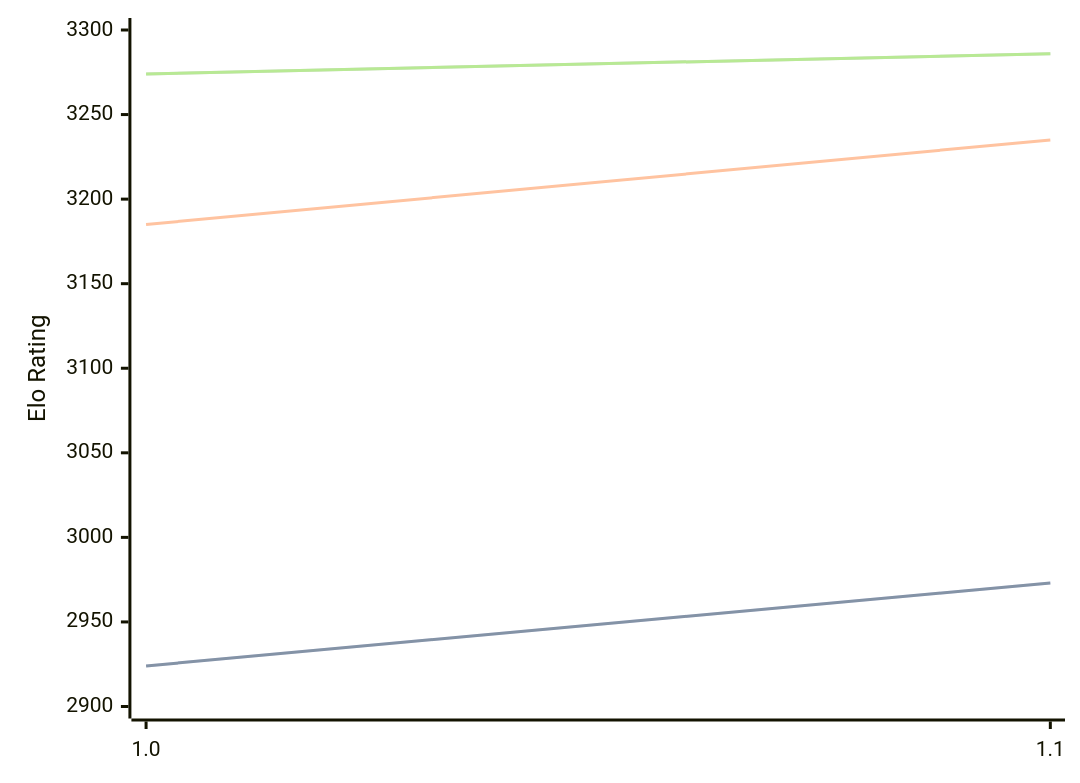
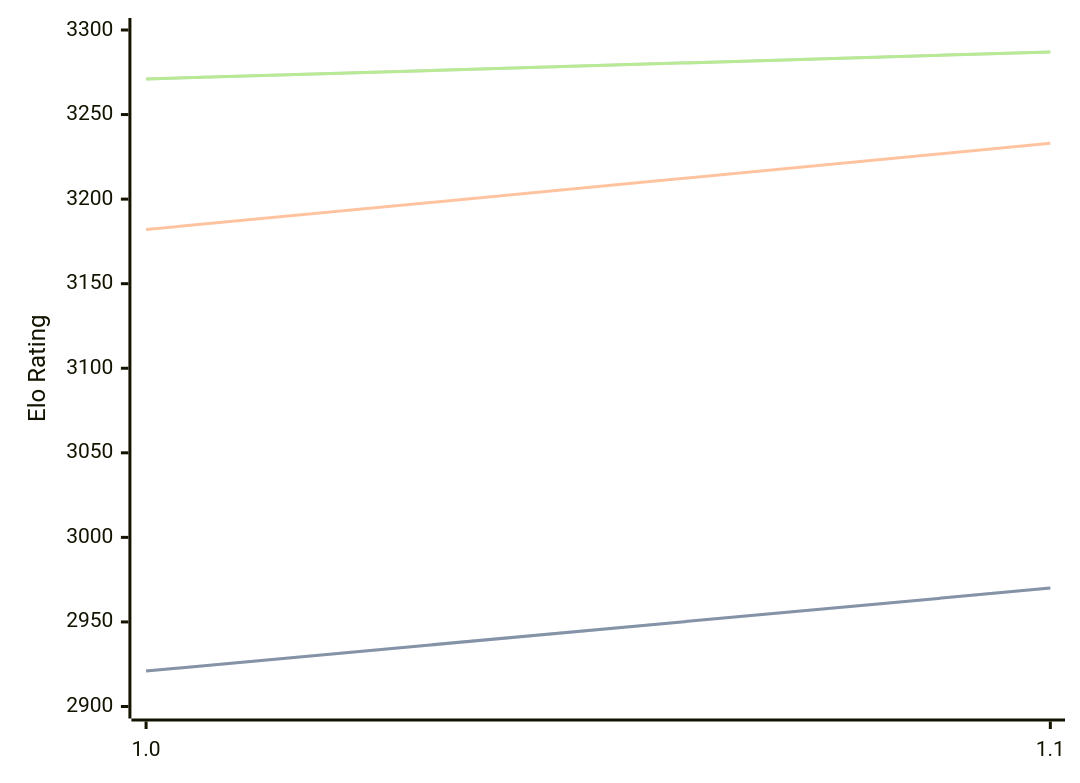
Before and after one commit to computer-chess-index/cci: the diagram in engines/RodentV.md, drawn with Mermaid. The commit also changed other lines of this file, not shown here.

Commit message:
Update CCI Ratings (ELO VLTC) - 2026-08-12

````diff
--- a/engines/RodentV.md
+++ b/engines/RodentV.md
@@ -32,11 +32,11 @@
 ```mermaid
 %%{init: {"theme":"base","themeVariables":{"seriesColors:['#a3a3a3','#222221','#faa371']}}}%%
 xychart-beta
   x-axis ["1.0", "1.1"]
   y-axis "Elo Rating" 2900 --> 3300
-  line "STC (8.0+0.08s)" [2924, 2973]
-  line "STC (8.0+0.08s)" [2924, 2973]
-  line "LTC (60.0+0.60s)" [3185, 3235]
-  line "VLTC (2m24s+1.12s)" [3274, 3286]
-  line "VLTC (2m24s+1.12s)" [3274, 3286]
+  line "STC (8.0+0.08s)" [2921, 2970]
+  line "STC (8.0+0.08s)" [2921, 2970]
+  line "LTC (60.0+0.60s)" [3182, 3233]
+  line "VLTC (2m24s+1.12s)" [3271, 3287]
+  line "VLTC (2m24s+1.12s)" [3271, 3287]
 ```
````
